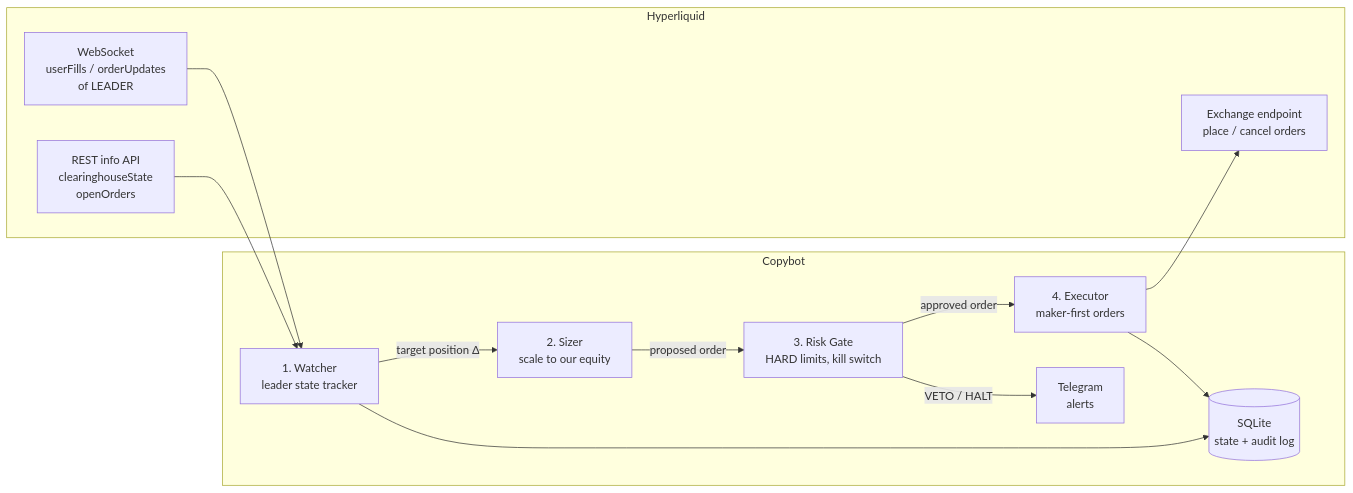
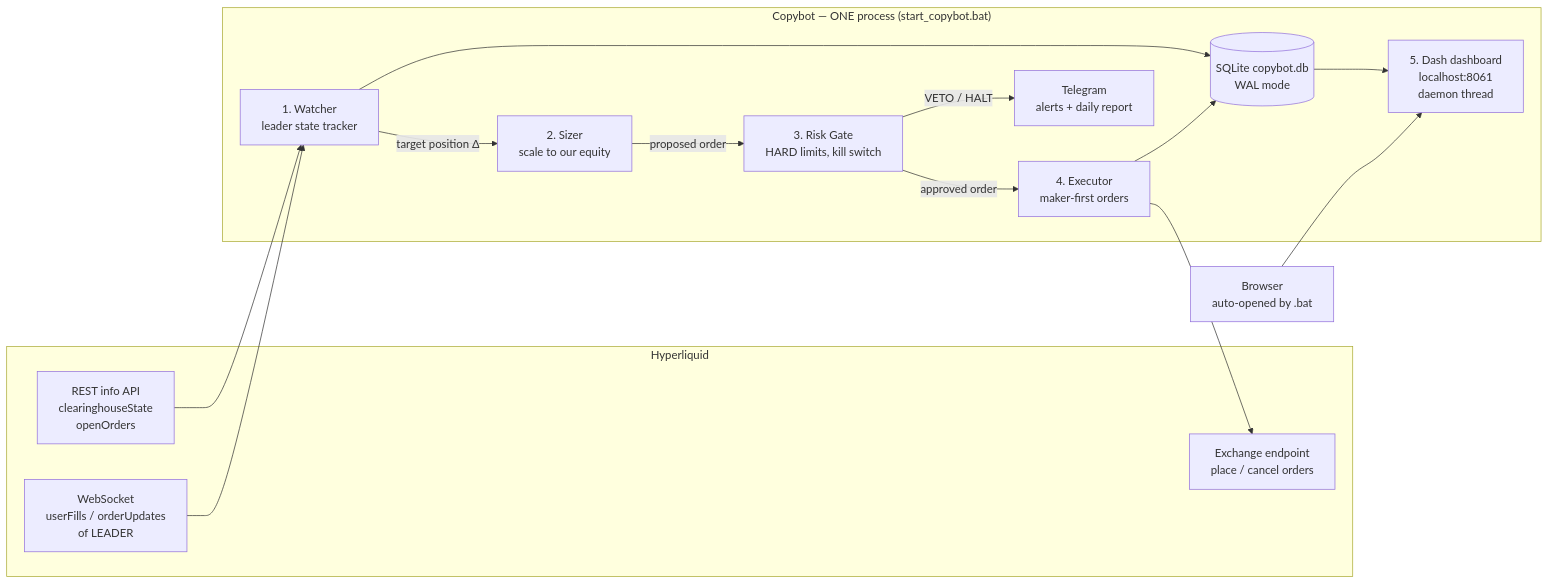
One commit to bankkomin/hyperliquid-copybot changed the first of 6 diagrams in PRD.md. Above: the diagram before and after it, drawn with Mermaid. The commit also changed other lines of this file, not shown here.

Commit message:
docs: PRD v2 — data storage schema, dashboard + daily report examples, standalone .bat operation

````diff
--- a/PRD.md
+++ b/PRD.md
@@ -38,27 +42,31 @@
 ```mermaid
 flowchart LR
     subgraph HL[Hyperliquid]
         WS[WebSocket<br/>userFills / orderUpdates<br/>of LEADER]
         API[REST info API<br/>clearinghouseState<br/>openOrders]
         EX[Exchange endpoint<br/>place / cancel orders]
     end
 
-    subgraph BOT[Copybot]
+    subgraph BOT["Copybot — ONE process (start_copybot.bat)"]
         W[1. Watcher<br/>leader state tracker]
         S[2. Sizer<br/>scale to our equity]
         R[3. Risk Gate<br/>HARD limits, kill switch]
         E[4. Executor<br/>maker-first orders]
-        DB[(SQLite<br/>state + audit log)]
-        N[Telegram<br/>alerts]
+        DB[(SQLite copybot.db<br/>WAL mode)]
+        D[5. Dash dashboard<br/>localhost:8061<br/>daemon thread]
+        N[Telegram<br/>alerts + daily report]
     end
+
+    B[Browser<br/>auto-opened by .bat] --> D
 
     WS --> W
     API --> W
     W -->|target position Δ| S
     S -->|proposed order| R
     R -->|approved order| E
     R -->|VETO / HALT| N
     E --> EX
     E --> DB
     W --> DB
+    DB --> D
 ```
````
